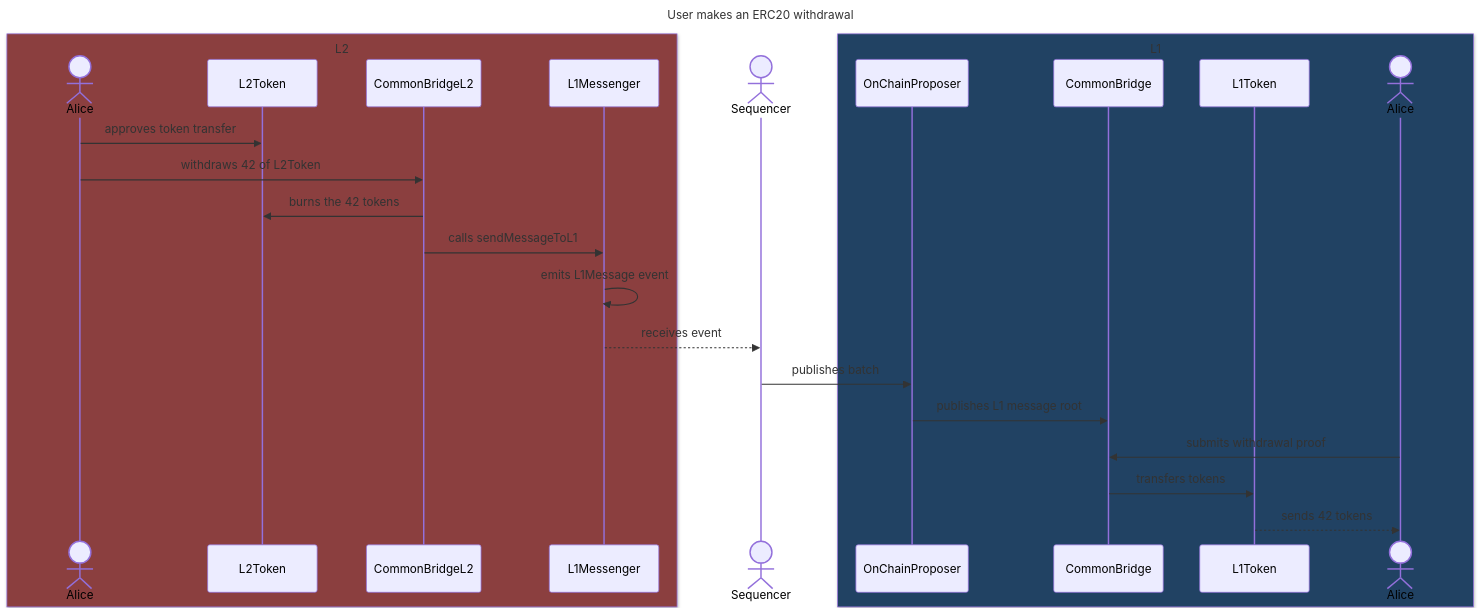
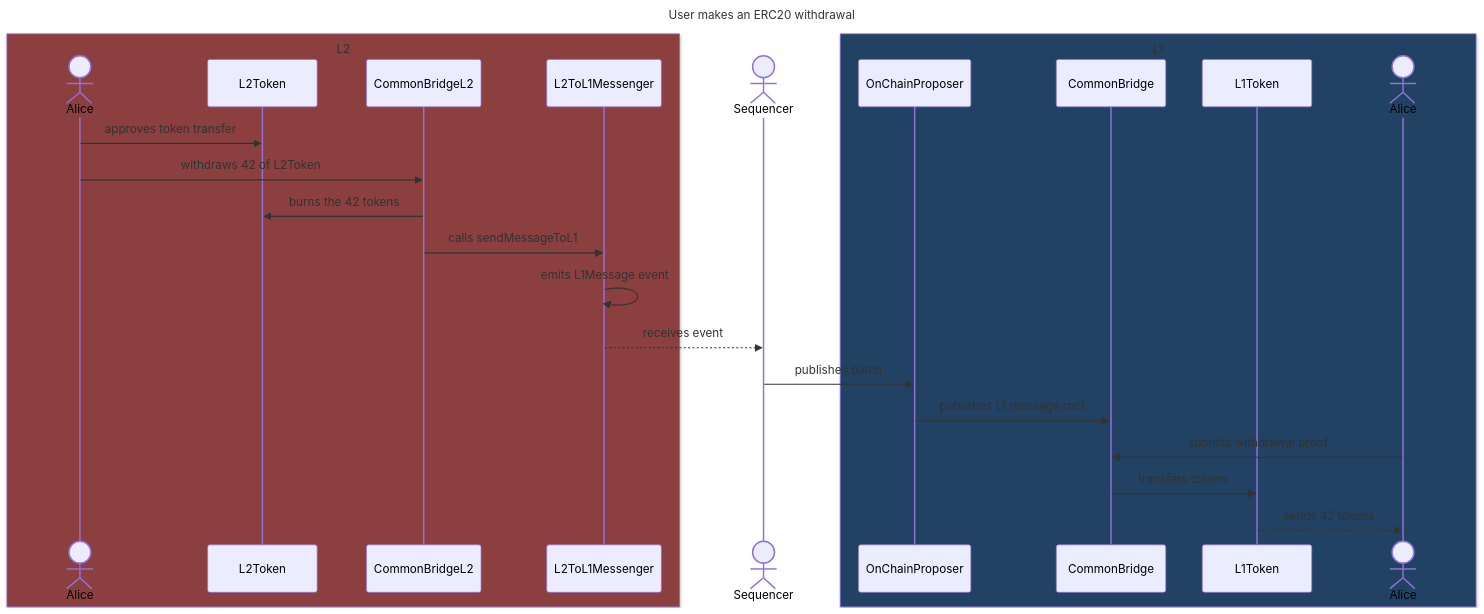
Before and after one commit to lambdaclass/ethrex: the second of 3 diagrams in docs/l2/withdrawals.md, drawn with Mermaid. The commit also changed other lines of this file, not shown here.

Commit message:
chore: rename L1Messenger -> L2ToL1Messenger

````diff
--- a/docs/l2/withdrawals.md
+++ b/docs/l2/withdrawals.md
@@ -97,36 +97,36 @@
 ```mermaid
 ---
 title: User makes an ERC20 withdrawal
 ---
 sequenceDiagram
     box rgb(139, 63, 63) L2
         actor L2Alice as Alice
         participant L2Token
         participant CommonBridgeL2
-        participant L1Messenger
+        participant L2ToL1Messenger
     end
 
     actor Sequencer
 
     box rgb(33,66,99) L1
         participant OnChainProposer
         participant CommonBridge
         participant L1Token
         actor L1Alice as Alice
     end
 
     L2Alice->>L2Token: approves token transfer
     L2Alice->>CommonBridgeL2: withdraws 42 of L2Token
     CommonBridgeL2->>L2Token: burns the 42 tokens
-    CommonBridgeL2->>L1Messenger: calls sendMessageToL1
-    L1Messenger->>L1Messenger: emits L1Message event
+    CommonBridgeL2->>L2ToL1Messenger: calls sendMessageToL1
+    L2ToL1Messenger->>L2ToL1Messenger: emits L1Message event
 
-    L1Messenger-->>Sequencer: receives event
+    L2ToL1Messenger-->>Sequencer: receives event
 
     Sequencer->>OnChainProposer: publishes batch
     OnChainProposer->>CommonBridge: publishes L1 message root
 
     L1Alice->>CommonBridge: submits withdrawal proof
     CommonBridge->>L1Token: transfers tokens
     L1Token-->>L1Alice: sends 42 tokens
 ```
````
